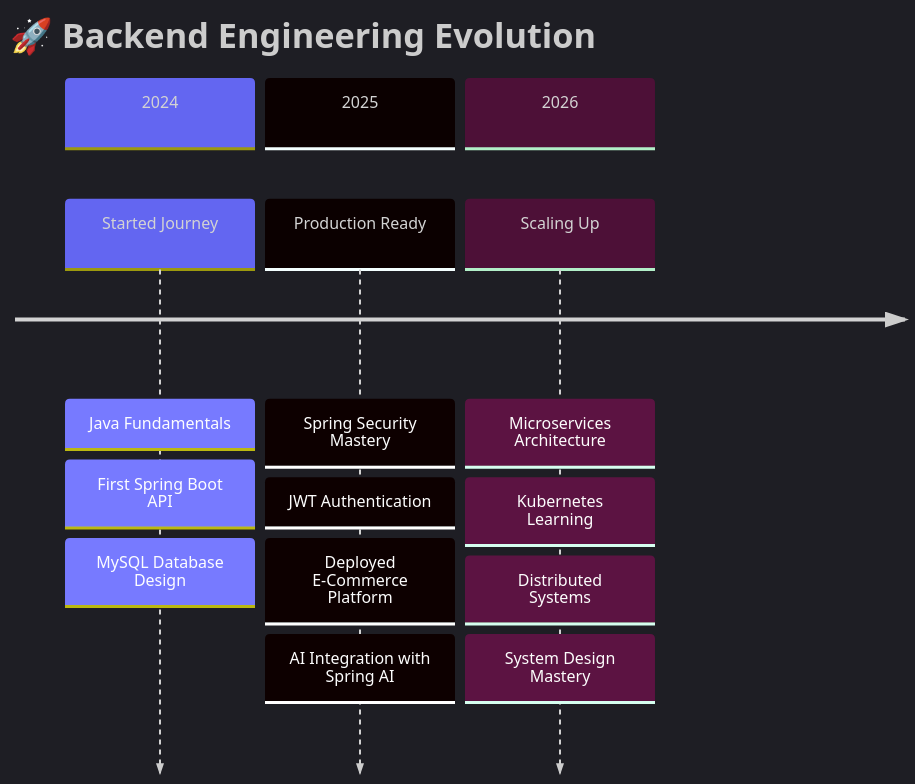
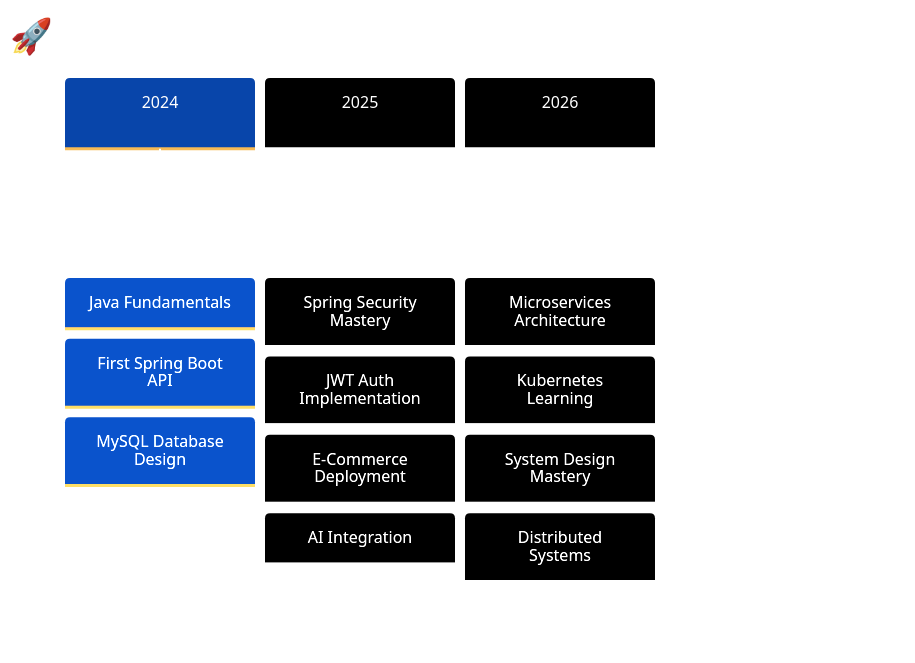
Before and after one commit to Sumeet-Y1/Sumeet-Y1: the diagram in README.md, drawn with Mermaid. The commit also changed other lines of this file, not shown here.

````diff
--- a/README.md
+++ b/README.md
@@ -380,19 +242,8 @@
 ```mermaid
-%%{init: {'theme':'dark', 'themeVariables': { 'primaryColor': '#6366f1', 'primaryTextColor': '#fff', 'primaryBorderColor': '#6366f1', 'lineColor': '#6366f1', 'secondaryColor': '#1e293b', 'tertiaryColor': '#0f172a'}}}%%
+%%{init: {'theme':'base', 'themeVariables': {'primaryColor':'#3B82F6','primaryTextColor':'#fff','primaryBorderColor':'#3B82F6','lineColor':'#3B82F6','secondaryColor':'#1e293b','tertiaryColor':'#0f172a'}}}%%
 timeline
     title 🚀 Backend Engineering Evolution
-    section 2024
-        Started Journey : Java Fundamentals
-                        : First Spring Boot API
-                        : MySQL Database Design
-    section 2025
-        Production Ready : Spring Security Mastery
-                         : JWT Authentication
-                         : Deployed E-Commerce Platform
-                         : AI Integration with Spring AI
-    section 2026
-        Scaling Up : Microservices Architecture
-                   : Kubernetes Learning
-                   : Distributed Systems
-                   : System Design Mastery
+    2024 : Java Fundamentals : First Spring Boot API : MySQL Database Design
+    2025 : Spring Security Mastery : JWT Auth Implementation : E-Commerce Deployment : AI Integration
+    2026 : Microservices Architecture : Kubernetes Learning : System Design Mastery : Distributed Systems
 ```
````
